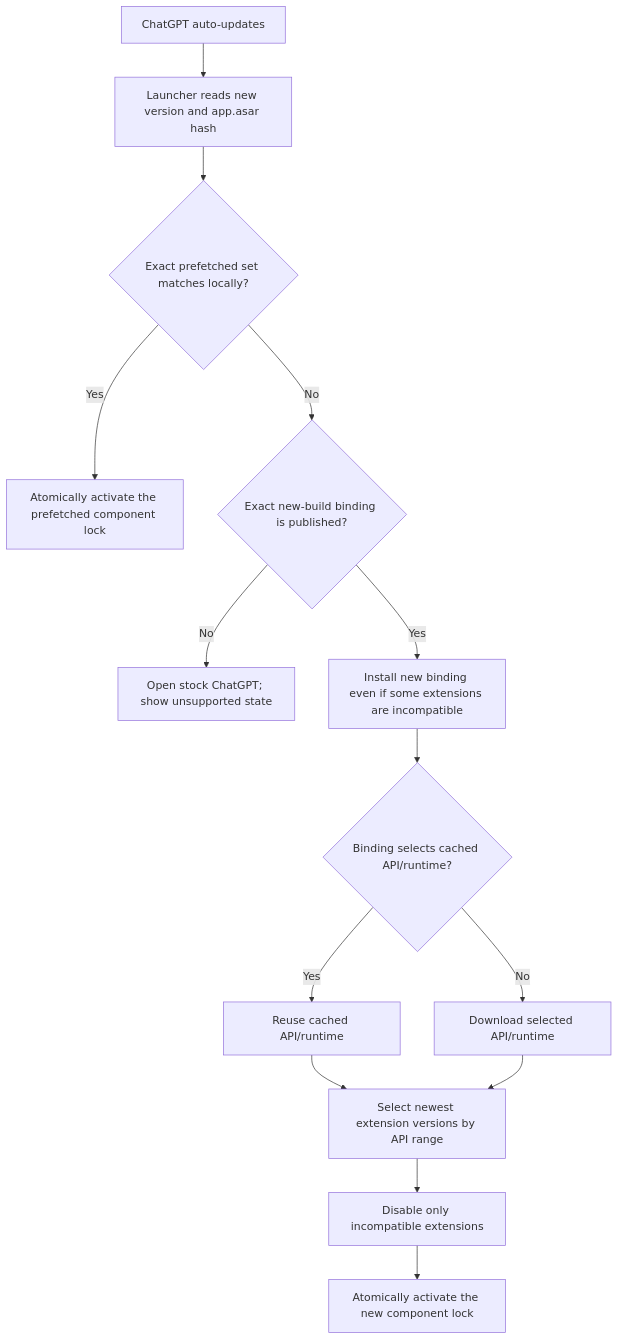
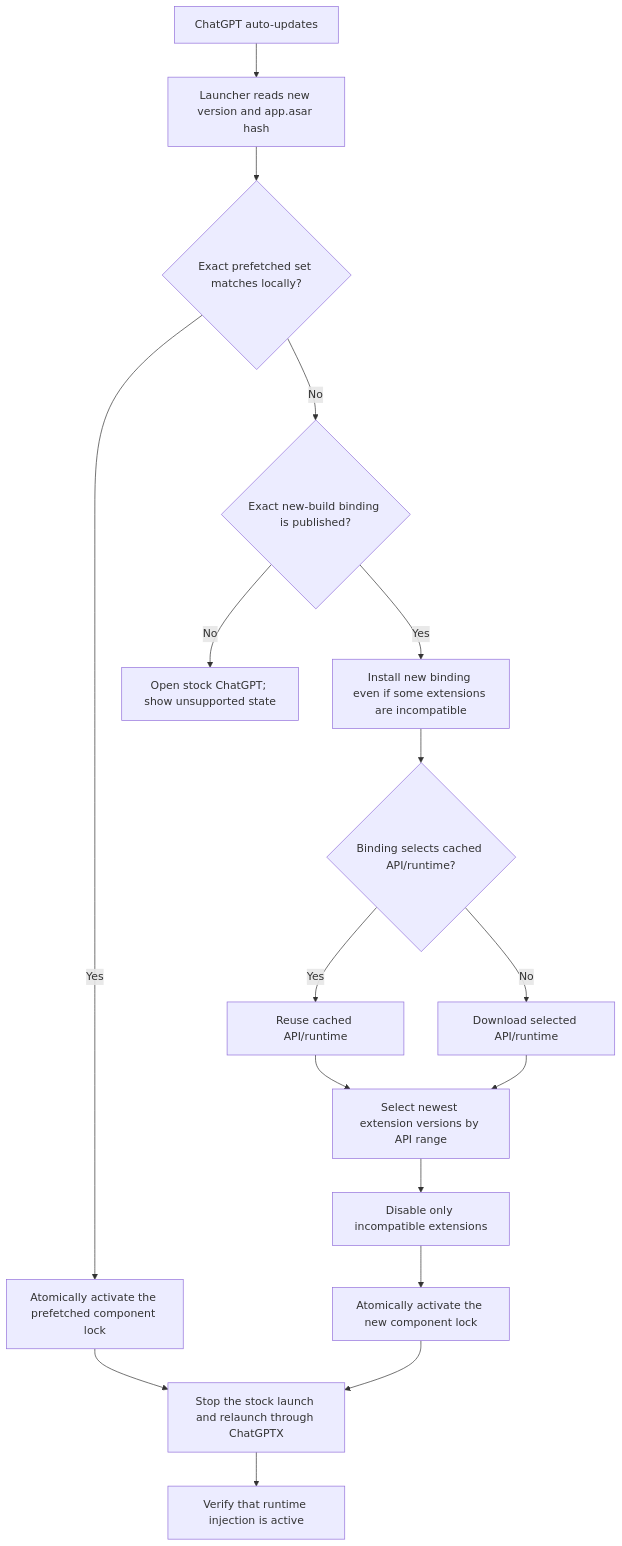
The second of 2 diagrams in docs/component-updates.md (zats/chat-gpt-x), drawn with Mermaid before and after one commit. The commit also changed other lines of this file and 6 other files, not shown here.

````diff
--- a/docs/component-updates.md
+++ b/docs/component-updates.md
@@ -189,16 +193,19 @@
 ```mermaid
 flowchart TD
     A["ChatGPT auto-updates"] --> B["Launcher reads new version and app.asar hash"]
     B --> P{"Exact prefetched set matches locally?"}
     P -- "Yes" --> M["Atomically activate the prefetched component lock"]
     P -- "No" --> C{"Exact new-build binding is published?"}
     C -- "No" --> D["Open stock ChatGPT; show unsupported state"]
     C -- "Yes" --> E["Install new binding even if some extensions are incompatible"]
     E --> F{"Binding selects cached API/runtime?"}
     F -- "Yes" --> G["Reuse cached API/runtime"]
     F -- "No" --> H["Download selected API/runtime"]
     G --> I["Select newest extension versions by API range"]
     H --> I
     I --> J["Disable only incompatible extensions"]
     J --> K["Atomically activate the new component lock"]
+    M --> L["Stop the stock launch and relaunch through ChatGPTX"]
+    K --> L
+    L --> N["Verify that runtime injection is active"]
 ```
````
